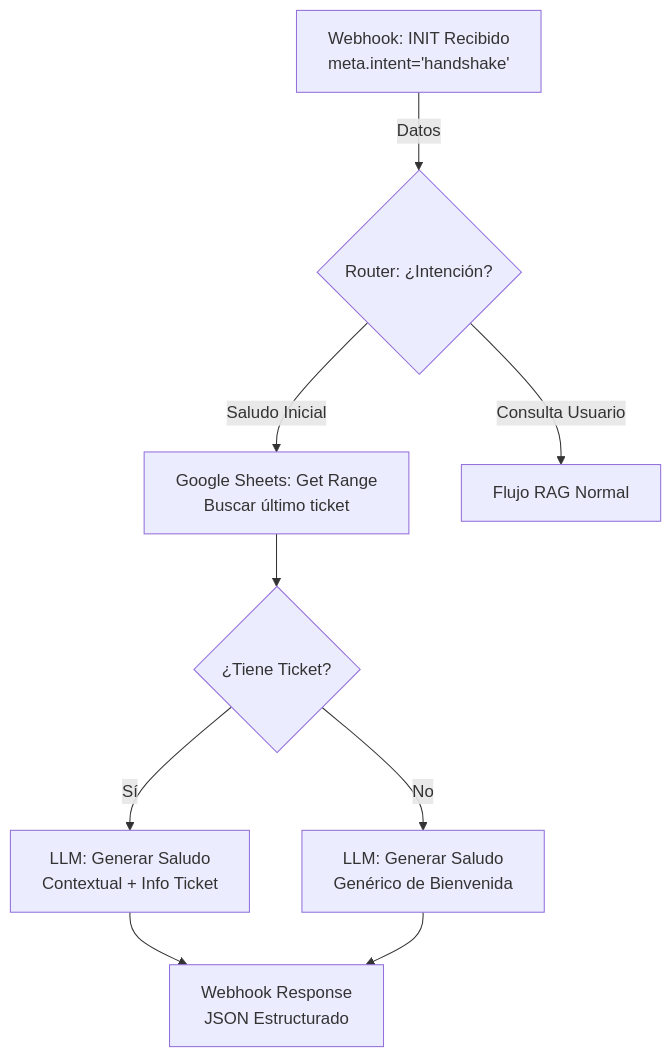
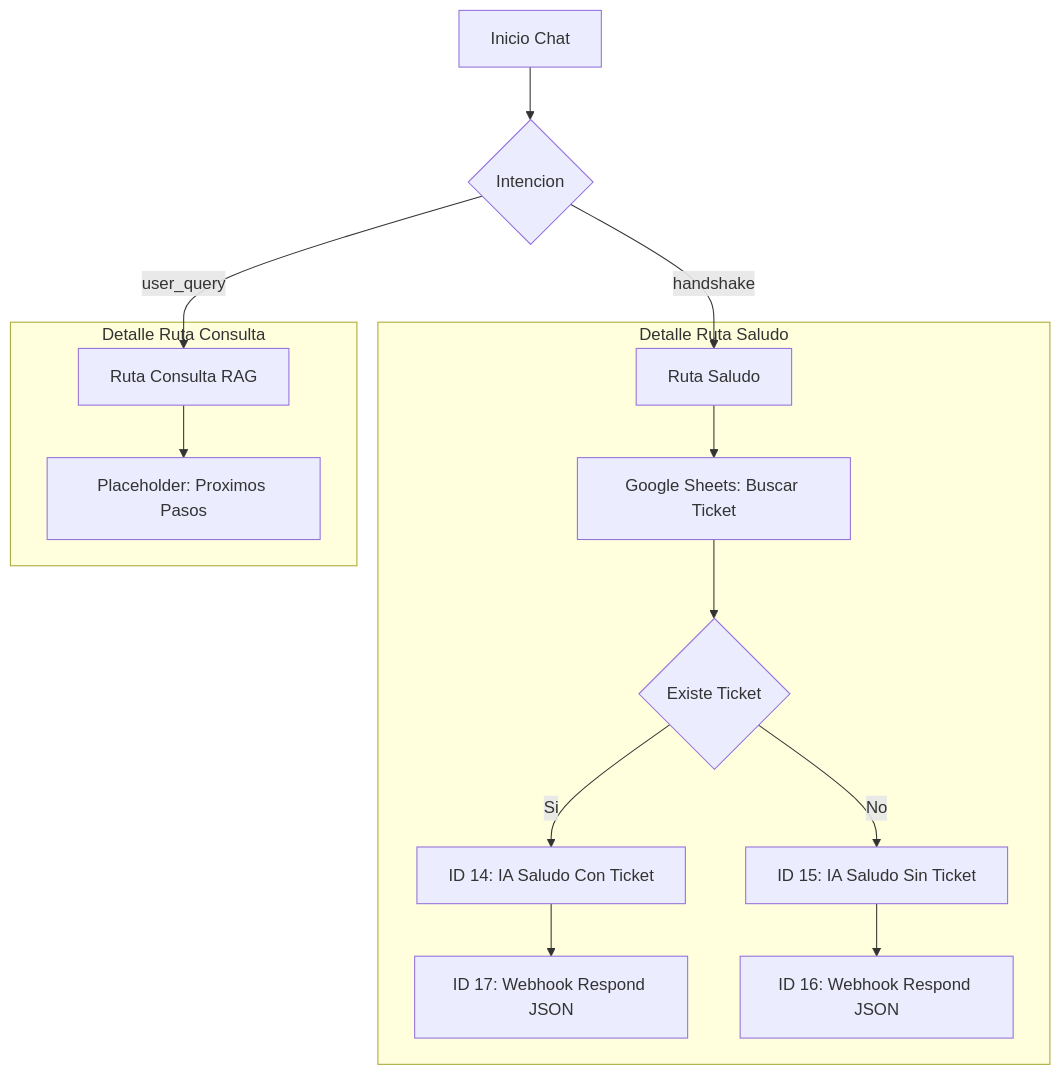
One commit to ricardomonla/rm-DiploIA_TPFI changed the second of 2 diagrams in app/hitos/1.9-dev/1.9.3_interaccion_usuario_gema_make.md. Above: the diagram before and after it, drawn with Mermaid. The commit also changed other lines of this file and 13 other files, not shown here.

````diff
--- a/app/hitos/1.9-dev/1.9.3_interaccion_usuario_gema_make.md
+++ b/app/hitos/1.9-dev/1.9.3_interaccion_usuario_gema_make.md
@@ -37,11 +109,19 @@
 ```mermaid
 graph TD
-    A[Webhook: INIT Recibido<br>meta.intent='handshake'] -->|Datos| B{Router: ¿Intención?}
-    B -- "Saludo Inicial" --> C[Google Sheets: Get Range<br>Buscar último ticket]
-    B -- "Consulta Usuario" --> x[Flujo RAG Normal]
-    C --> D{¿Tiene Ticket?}
-    D -- Sí --> E[LLM: Generar Saludo<br>Contextual + Info Ticket]
-    D -- No --> F[LLM: Generar Saludo<br>Genérico de Bienvenida]
-    E --> G[Webhook Response<br>JSON Estructurado]
-    F --> G
+    A[Inicio Chat] --> B{Intencion}
+    B -- handshake --> C[Ruta Saludo]
+    B -- user_query --> D[Ruta Consulta RAG]
+    
+    subgraph RutaSaludo [Detalle Ruta Saludo]
+    C --> E[Google Sheets: Buscar Ticket]
+    E --> F{Existe Ticket}
+    F -- Si --> G[ID 14: IA Saludo Con Ticket]
+    F -- No --> H[ID 15: IA Saludo Sin Ticket]
+    G --> I[ID 17: Webhook Respond JSON]
+    H --> J[ID 16: Webhook Respond JSON]
+    end
+
+    subgraph RutaConsulta_Detalle [Detalle Ruta Consulta]
+    D --> K[Placeholder: Proximos Pasos]
+    end
 ```
````
